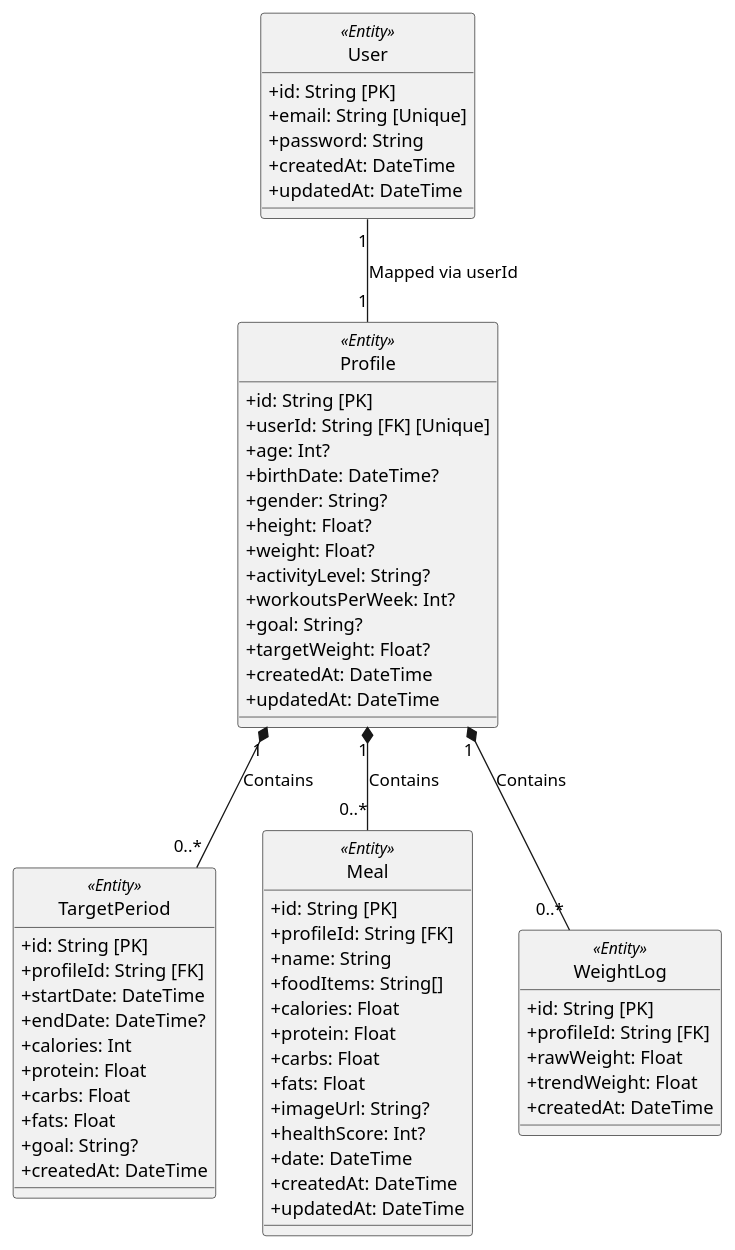
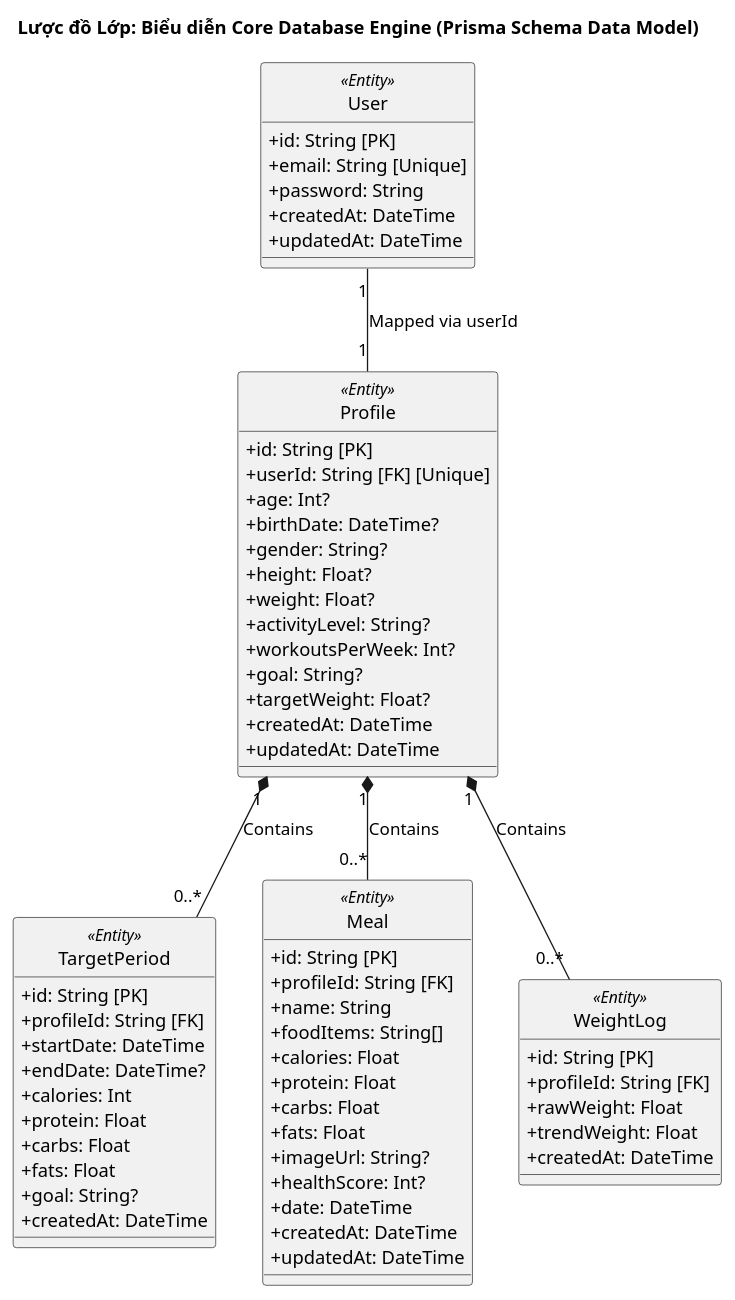
The diagram in docs/reports/Prisma_Entity_Model.md (MinhTriet0612/CalAIClone), drawn with PlantUML before and after one commit. The commit also changed 23 other files, not shown here.

````diff
--- a/docs/reports/Prisma_Entity_Model.md
+++ b/docs/reports/Prisma_Entity_Model.md
@@ -5,5 +5,6 @@
 ```plantuml
 @startuml
+title Lược đồ Lớp: Biểu diễn Core Database Engine (Prisma Schema Data Model)
 skinparam style strictuml
 skinparam roundcorner 5
 skinparam classAttributeIconSize 0
````
